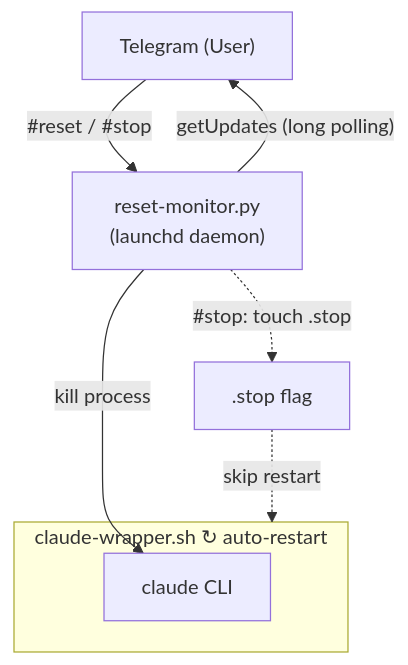
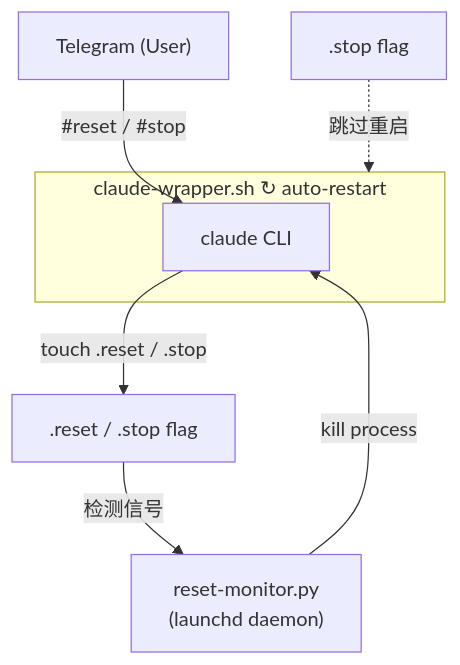
The diagram in README.zh-CN.md (robin-li/claude-tg-reset), drawn with Mermaid before and after one commit. The commit also changed other lines of this file and 5 other files, not shown here.

````diff
--- a/README.zh-CN.md
+++ b/README.zh-CN.md
@@ -23,16 +23,16 @@
 ```mermaid
 flowchart TB
     A["Telegram (User)"]
-    B["reset-monitor.py\n(launchd daemon)"]
 
-    A -- "#reset / #stop" --> B
-    B -- "getUpdates (long polling)" --> A
+    A -- "#reset / #stop" --> C
+
+    C -- "touch .reset / .stop" --> F[".reset / .stop flag"]
+    F -- "检测信号" --> B["reset-monitor.py\n(launchd daemon)"]
 
     B -- "kill process" --> C
-    B -. "#stop: touch .stop" .-> S[".stop flag"]
-    S -. "skip restart" .-> wrapper
+    S[".stop flag"] -. "跳过重启" .-> wrapper
 
     subgraph wrapper ["claude-wrapper.sh  ↻ auto-restart"]
         C["claude CLI"]
     end
 ```
````
